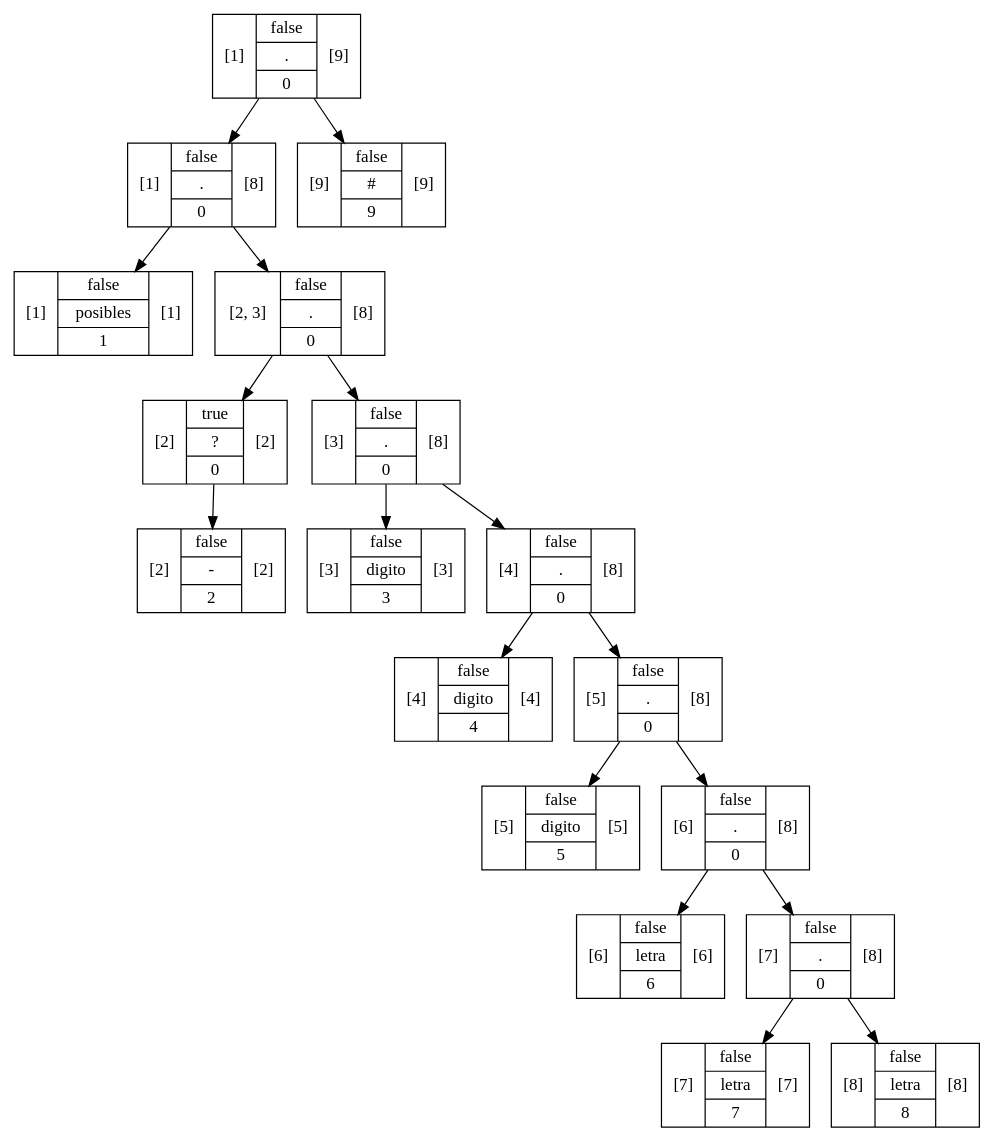
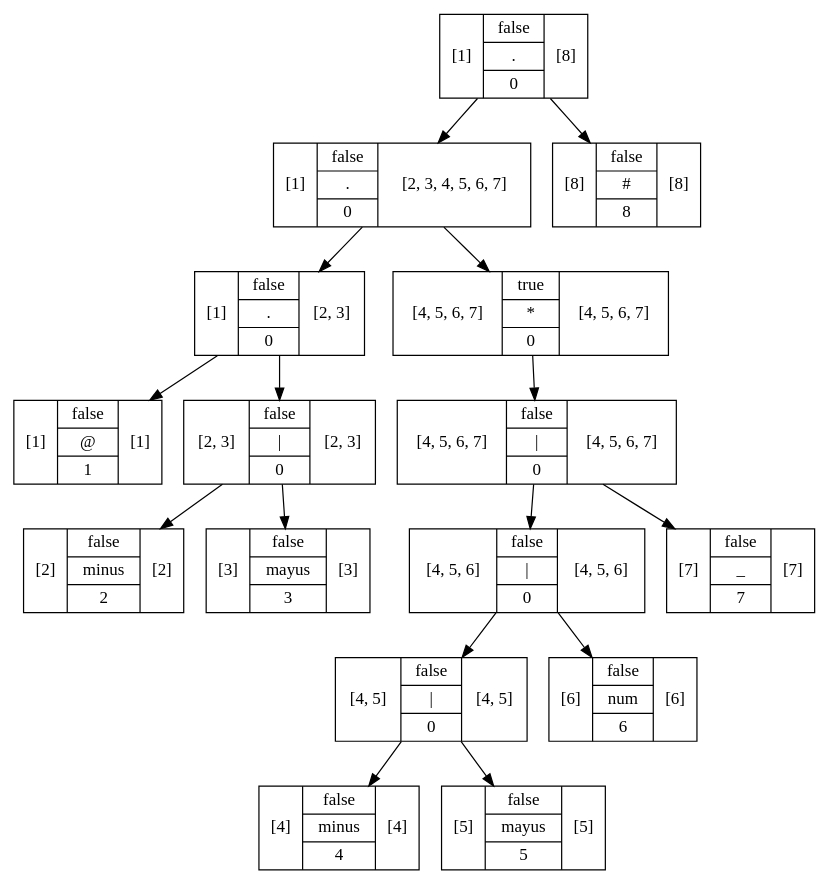
The diagram in out/production/Proyecto1/Graphviz/Arbol23.dot (RojasCJP/Proyecto1_Compi1), drawn with Graphviz before and after one commit. The commit also changed 465 other files, not shown here.

```diff
--- a/out/production/Proyecto1/Graphviz/Arbol23.dot
+++ b/out/production/Proyecto1/Graphviz/Arbol23.dot
@@ -1,37 +1,33 @@
 digraph structs {
-    node [shape=record];ArbolNodoMetodo526e015b[label="[1]|{false|{posibles}|1}|[1]"];
-ArbolNodoMetodo1c4f5808[label="[2]|{false|{-}|2}|[2]"];
-ArbolNodoMetodo7b3e112[label="[2]|{true|{?}|0}|[2]"];
-ArbolNodoMetodo7b3e112 -> ArbolNodoMetodo1c4f5808;
-ArbolNodoMetodo7a17520b[label="[3]|{false|{digito}|3}|[3]"];
-ArbolNodoMetodo58d1f0cb[label="[4]|{false|{digito}|4}|[4]"];
-ArbolNodoMetodo3eb86cc1[label="[5]|{false|{digito}|5}|[5]"];
-ArbolNodoMetodo269bb175[label="[6]|{false|{letra}|6}|[6]"];
-ArbolNodoMetodo665c38a7[label="[7]|{false|{letra}|7}|[7]"];
-ArbolNodoMetodo31dccb0f[label="[8]|{false|{letra}|8}|[8]"];
-ArbolNodoMetodo4c7f6791[label="[7]|{false|{.}|0}|[8]"];
-ArbolNodoMetodo4c7f6791 -> ArbolNodoMetodo665c38a7;
-ArbolNodoMetodo4c7f6791 -> ArbolNodoMetodo31dccb0f;
-ArbolNodoMetodo37947772[label="[6]|{false|{.}|0}|[8]"];
-ArbolNodoMetodo37947772 -> ArbolNodoMetodo269bb175;
-ArbolNodoMetodo37947772 -> ArbolNodoMetodo4c7f6791;
-ArbolNodoMetodo308ae827[label="[5]|{false|{.}|0}|[8]"];
-ArbolNodoMetodo308ae827 -> ArbolNodoMetodo3eb86cc1;
-ArbolNodoMetodo308ae827 -> ArbolNodoMetodo37947772;
-ArbolNodoMetodo6759c98a[label="[4]|{false|{.}|0}|[8]"];
-ArbolNodoMetodo6759c98a -> ArbolNodoMetodo58d1f0cb;
-ArbolNodoMetodo6759c98a -> ArbolNodoMetodo308ae827;
-ArbolNodoMetodo502d791f[label="[3]|{false|{.}|0}|[8]"];
-ArbolNodoMetodo502d791f -> ArbolNodoMetodo7a17520b;
-ArbolNodoMetodo502d791f -> ArbolNodoMetodo6759c98a;
-ArbolNodoMetodo4496ab8f[label="[2, 3]|{false|{.}|0}|[8]"];
-ArbolNodoMetodo4496ab8f -> ArbolNodoMetodo7b3e112;
-ArbolNodoMetodo4496ab8f -> ArbolNodoMetodo502d791f;
-ArbolNodoMetodo23bab8ea[label="[1]|{false|{.}|0}|[8]"];
-ArbolNodoMetodo23bab8ea -> ArbolNodoMetodo526e015b;
-ArbolNodoMetodo23bab8ea -> ArbolNodoMetodo4496ab8f;
-ArbolNodoMetodoa86208e[label="[9]|{false|{#}|9}|[9]"];
-ArbolNodoMetodo31d85540[label="[1]|{false|{.}|0}|[9]"];
-ArbolNodoMetodo31d85540 -> ArbolNodoMetodo23bab8ea;
-ArbolNodoMetodo31d85540 -> ArbolNodoMetodoa86208e;
+    node [shape=record];ArbolNodoMetodo220adab7[label="[1]|{false|{@}|1}|[1]"];
+ArbolNodoMetodo66987291[label="[2]|{false|{minus}|2}|[2]"];
+ArbolNodoMetodo280e7351[label="[3]|{false|{mayus}|3}|[3]"];
+ArbolNodoMetodo2686e22a[label="[2, 3]|{false|{\|}|0}|[2, 3]"];
+ArbolNodoMetodo2686e22a -> ArbolNodoMetodo66987291;
+ArbolNodoMetodo2686e22a -> ArbolNodoMetodo280e7351;
+ArbolNodoMetodo522d4b2f[label="[1]|{false|{.}|0}|[2, 3]"];
+ArbolNodoMetodo522d4b2f -> ArbolNodoMetodo220adab7;
+ArbolNodoMetodo522d4b2f -> ArbolNodoMetodo2686e22a;
+ArbolNodoMetodo7704a701[label="[4]|{false|{minus}|4}|[4]"];
+ArbolNodoMetodo2c4bd64b[label="[5]|{false|{mayus}|5}|[5]"];
+ArbolNodoMetodo3d4df65a[label="[4, 5]|{false|{\|}|0}|[4, 5]"];
+ArbolNodoMetodo3d4df65a -> ArbolNodoMetodo7704a701;
+ArbolNodoMetodo3d4df65a -> ArbolNodoMetodo2c4bd64b;
+ArbolNodoMetodo581a6ef[label="[6]|{false|{num}|6}|[6]"];
+ArbolNodoMetodo576f35f1[label="[4, 5, 6]|{false|{\|}|0}|[4, 5, 6]"];
+ArbolNodoMetodo576f35f1 -> ArbolNodoMetodo3d4df65a;
+ArbolNodoMetodo576f35f1 -> ArbolNodoMetodo581a6ef;
+ArbolNodoMetodo25e458d9[label="[7]|{false|{_}|7}|[7]"];
+ArbolNodoMetodo77c99519[label="[4, 5, 6, 7]|{false|{\|}|0}|[4, 5, 6, 7]"];
+ArbolNodoMetodo77c99519 -> ArbolNodoMetodo576f35f1;
+ArbolNodoMetodo77c99519 -> ArbolNodoMetodo25e458d9;
+ArbolNodoMetodo7f77f3d1[label="[4, 5, 6, 7]|{true|{*}|0}|[4, 5, 6, 7]"];
+ArbolNodoMetodo7f77f3d1 -> ArbolNodoMetodo77c99519;
+ArbolNodoMetodo51198173[label="[1]|{false|{.}|0}|[2, 3, 4, 5, 6, 7]"];
+ArbolNodoMetodo51198173 -> ArbolNodoMetodo522d4b2f;
+ArbolNodoMetodo51198173 -> ArbolNodoMetodo7f77f3d1;
+ArbolNodoMetodo56bc2919[label="[8]|{false|{#}|8}|[8]"];
+ArbolNodoMetodo6de61f8a[label="[1]|{false|{.}|0}|[8]"];
+ArbolNodoMetodo6de61f8a -> ArbolNodoMetodo51198173;
+ArbolNodoMetodo6de61f8a -> ArbolNodoMetodo56bc2919;
 }
```
